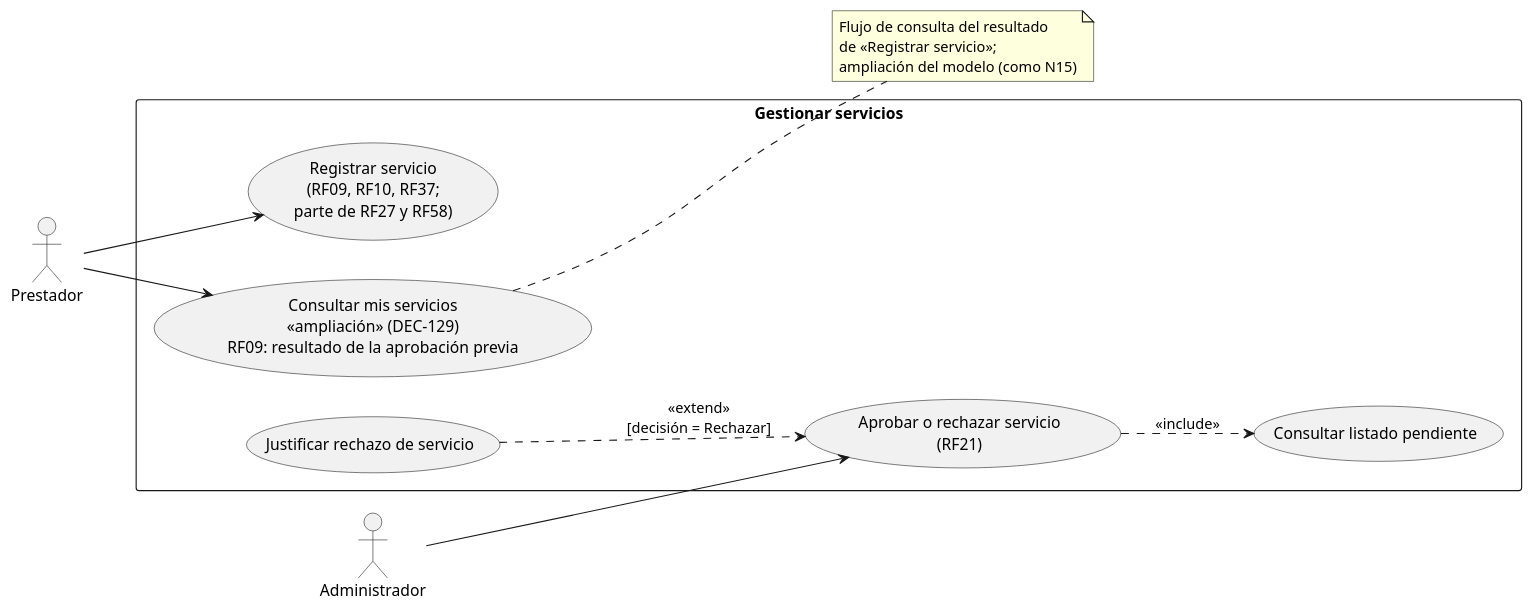
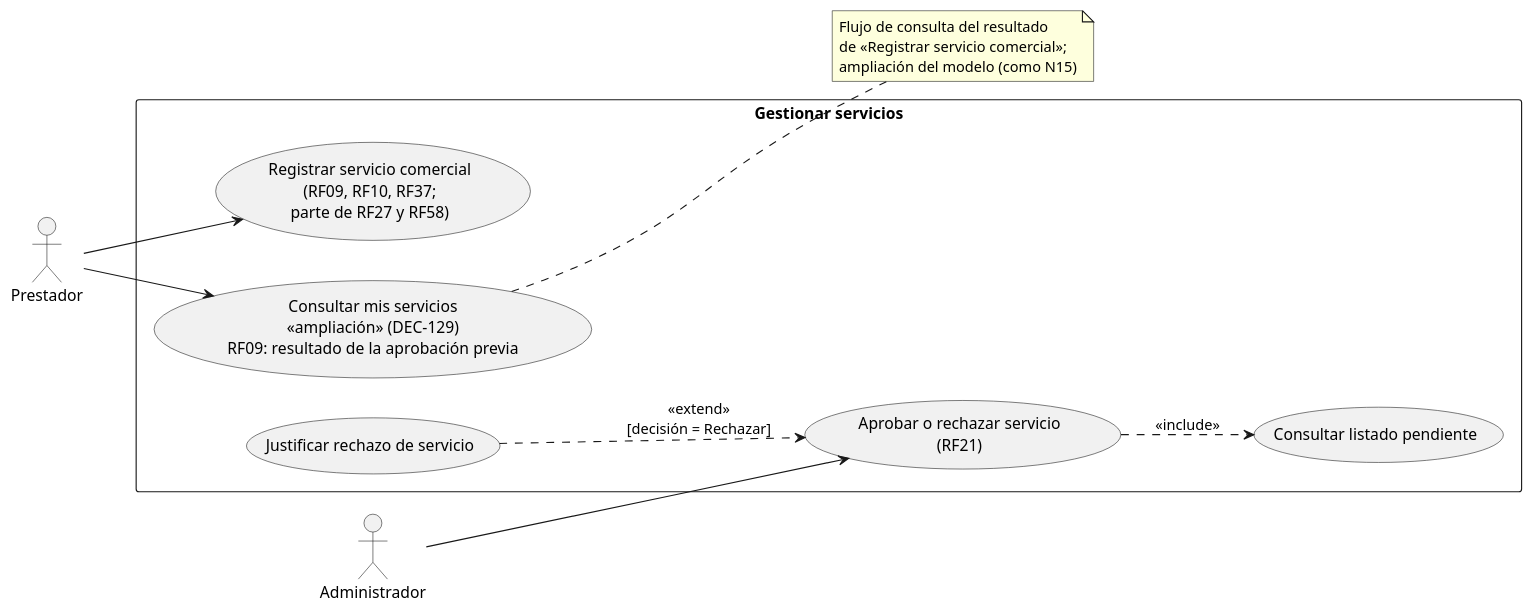
Before and after one commit to Al3jooo/SM_Tours_Aplication: the first of 4 diagrams in docs/casos-de-uso/CU-registrar-servicio.md, drawn with PlantUML. The commit also changed other lines of this file and 46 other files, not shown here.

First line of the commit message:
feat(frontend): registrar servicio comercial y mis servicios del Prestador (RF09, RF10, RF37) - B1

````diff
--- a/docs/casos-de-uso/CU-registrar-servicio.md
+++ b/docs/casos-de-uso/CU-registrar-servicio.md
@@ -39,20 +39,20 @@
 ```plantuml
 @startuml
 left to right direction
 actor Prestador
 actor Administrador
 rectangle "Gestionar servicios" {
-  usecase "Registrar servicio\n(RF09, RF10, RF37;\nparte de RF27 y RF58)" as RS
+  usecase "Registrar servicio comercial\n(RF09, RF10, RF37;\nparte de RF27 y RF58)" as RS
   usecase "Consultar mis servicios\n«ampliación» (DEC-129)\nRF09: resultado de la aprobación previa" as CMS
   usecase "Aprobar o rechazar servicio\n(RF21)" as AR
   usecase "Consultar listado pendiente" as CLP
   usecase "Justificar rechazo de servicio" as JR
 }
 Prestador --> RS
 Prestador --> CMS
 Administrador --> AR
 AR ..> CLP : <<include>>
 JR ..> AR : <<extend>>\n[decisión = Rechazar]
-note right of CMS : Flujo de consulta del resultado\nde «Registrar servicio»;\nampliación del modelo (como N15)
+note right of CMS : Flujo de consulta del resultado\nde «Registrar servicio comercial»;\nampliación del modelo (como N15)
 @enduml
 ```
````
